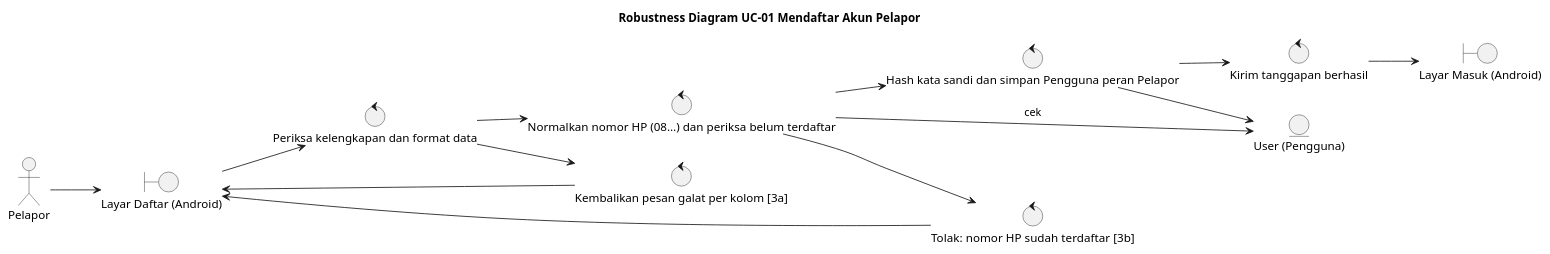
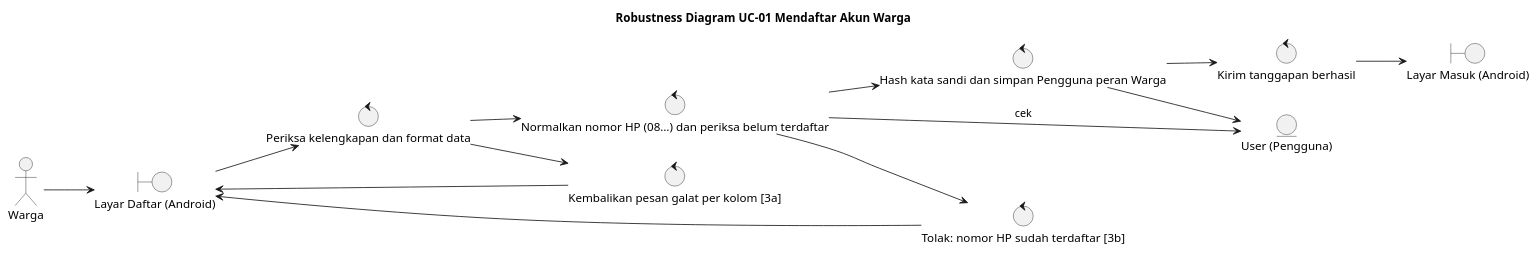
One commit to wirapatigilang/laporapi-api-web changed the diagram in specs/001-uc01-register-reporter/iconix/uc01-robustness.puml. Above: the diagram before and after it, drawn with PlantUML. The commit also changed 46 other files, not shown here.

First line of the commit message:
Aktor Pelapor diganti Warga, peran REPORTER menjadi CITIZEN

```diff
--- a/specs/001-uc01-register-reporter/iconix/uc01-robustness.puml
+++ b/specs/001-uc01-register-reporter/iconix/uc01-robustness.puml
@@ -1,26 +1,26 @@
 @startuml
 left to right direction
-title Robustness Diagram UC-01 Mendaftar Akun Pelapor
-actor "Pelapor" as pel
+title Robustness Diagram UC-01 Mendaftar Akun Warga
+actor "Warga" as pel
 boundary "Layar Daftar (Android)" as bDaftar
 control "Periksa kelengkapan dan format data" as cFormat
 control "Normalkan nomor HP (08…) dan periksa belum terdaftar" as cUnik
-control "Hash kata sandi dan simpan Pengguna peran Pelapor" as cSimpan
+control "Hash kata sandi dan simpan Pengguna peran Warga" as cSimpan
 control "Kirim tanggapan berhasil" as cOk
 control "Kembalikan pesan galat per kolom [3a]" as cErrKolom
 control "Tolak: nomor HP sudah terdaftar [3b]" as cErrAda
 entity "User (Pengguna)" as ePengguna
 boundary "Layar Masuk (Android)" as bMasuk
 pel --> bDaftar
 bDaftar --> cFormat
 cFormat --> cUnik
 cUnik --> ePengguna : cek
 cUnik --> cSimpan
 cSimpan --> ePengguna
 cSimpan --> cOk
 cOk --> bMasuk
 cFormat --> cErrKolom
 cErrKolom --> bDaftar
 cUnik --> cErrAda
 cErrAda --> bDaftar
 @enduml
```
